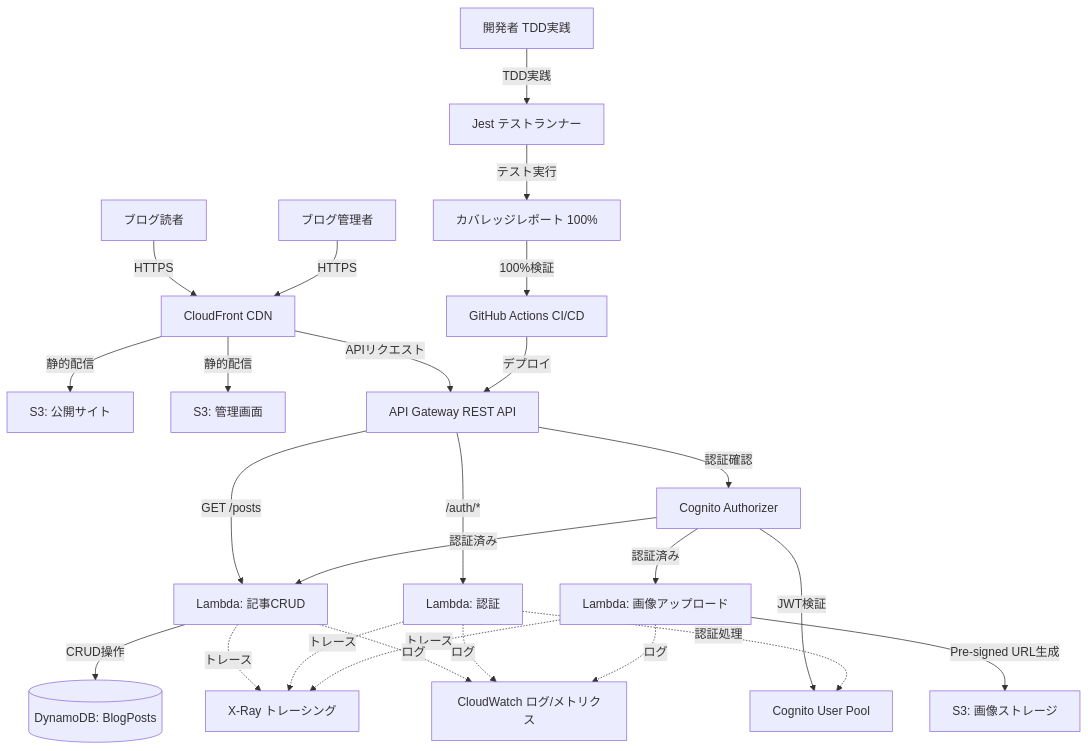
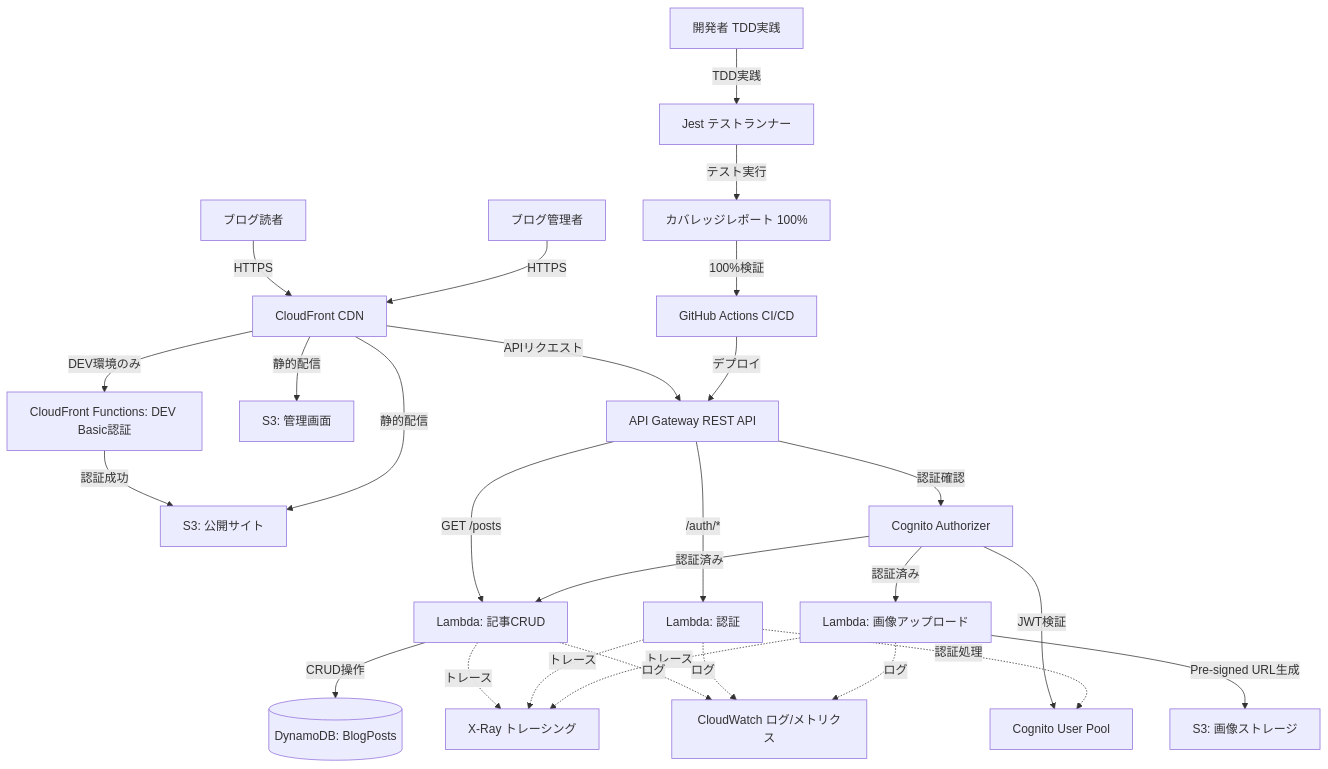
Before and after one commit to okshin-yk-private/serverlessBlog: the first of 8 diagrams in .kiro/specs/serverless-blog-aws/design.md, drawn with Mermaid. The commit also changed other lines of this file and 12 other files, not shown here.

````diff
--- a/.kiro/specs/serverless-blog-aws/design.md
+++ b/.kiro/specs/serverless-blog-aws/design.md
@@ -46,60 +46,63 @@
 ```mermaid
 graph TB
     Reader[ブログ読者]
     Admin[ブログ管理者]
     Dev[開発者 TDD実践]
 
     CloudFront[CloudFront CDN]
+    BasicAuthFunc[CloudFront Functions: DEV Basic認証]
     PublicSite[S3: 公開サイト]
     AdminSite[S3: 管理画面]
 
     APIGateway[API Gateway REST API]
     CognitoAuth[Cognito Authorizer]
 
     PostsLambda[Lambda: 記事CRUD]
     AuthLambda[Lambda: 認証]
     ImageLambda[Lambda: 画像アップロード]
 
     DynamoDB[(DynamoDB: BlogPosts)]
     S3Images[S3: 画像ストレージ]
     Cognito[Cognito User Pool]
 
     XRay[X-Ray トレーシング]
     CloudWatch[CloudWatch ログ/メトリクス]
 
     CICD[GitHub Actions CI/CD]
     Jest[Jest テストランナー]
     Coverage[カバレッジレポート 100%]
 
     Reader -->|HTTPS| CloudFront
     Admin -->|HTTPS| CloudFront
 
+    CloudFront -->|DEV環境のみ| BasicAuthFunc
+    BasicAuthFunc -->|認証成功| PublicSite
     CloudFront -->|静的配信| PublicSite
     CloudFront -->|静的配信| AdminSite
     CloudFront -->|APIリクエスト| APIGateway
 
     APIGateway -->|GET /posts| PostsLambda
     APIGateway -->|認証確認| CognitoAuth
     CognitoAuth -->|JWT検証| Cognito
     CognitoAuth -->|認証済み| PostsLambda
     CognitoAuth -->|認証済み| ImageLambda
 
     APIGateway -->|/auth/*| AuthLambda
     AuthLambda -.認証処理.-> Cognito
 
     PostsLambda -->|CRUD操作| DynamoDB
     ImageLambda -->|Pre-signed URL生成| S3Images
 
     PostsLambda -.トレース.-> XRay
     AuthLambda -.トレース.-> XRay
     ImageLambda -.トレース.-> XRay
 
     PostsLambda -.ログ.-> CloudWatch
     AuthLambda -.ログ.-> CloudWatch
     ImageLambda -.ログ.-> CloudWatch
 
     Dev -->|TDD実践| Jest
     Jest -->|テスト実行| Coverage
     Coverage -->|100%検証| CICD
     CICD -->|デプロイ| APIGateway
 ```
````
